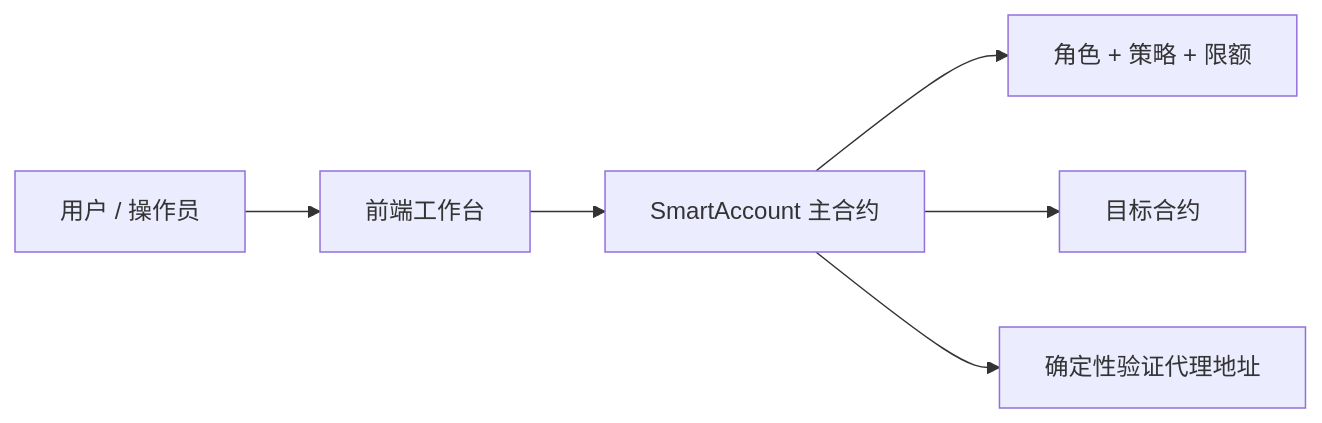
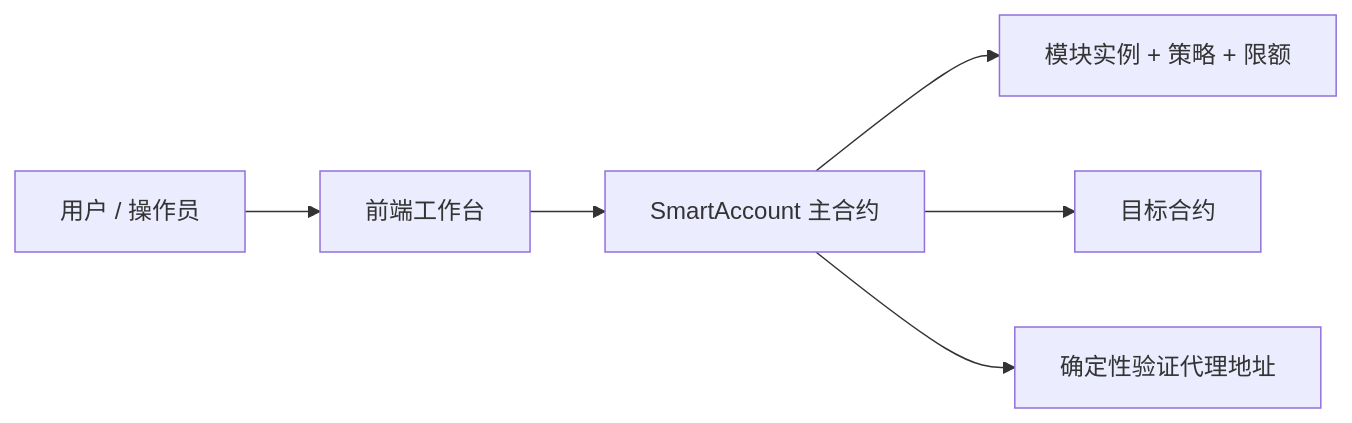
The first of 3 diagrams in frontend/src/assets/docs/guide.zh.md (r3e-network/neo-os-aa), drawn with Mermaid before and after one commit. The commit also changed other lines of this file and 425 other files, not shown here.

````diff
--- a/frontend/src/assets/docs/guide.zh.md
+++ b/frontend/src/assets/docs/guide.zh.md
@@ -11,8 +11,8 @@
 ```mermaid
 flowchart LR
   User[用户 / 操作员] --> UI[前端工作台]
   UI --> Master[SmartAccount 主合约]
-  Master --> Policies[角色 + 策略 + 限额]
+  Master --> Policies[模块实例 + 策略 + 限额]
   Master --> Target[目标合约]
   Master --> Proxy[确定性验证代理地址]
 ```
````
